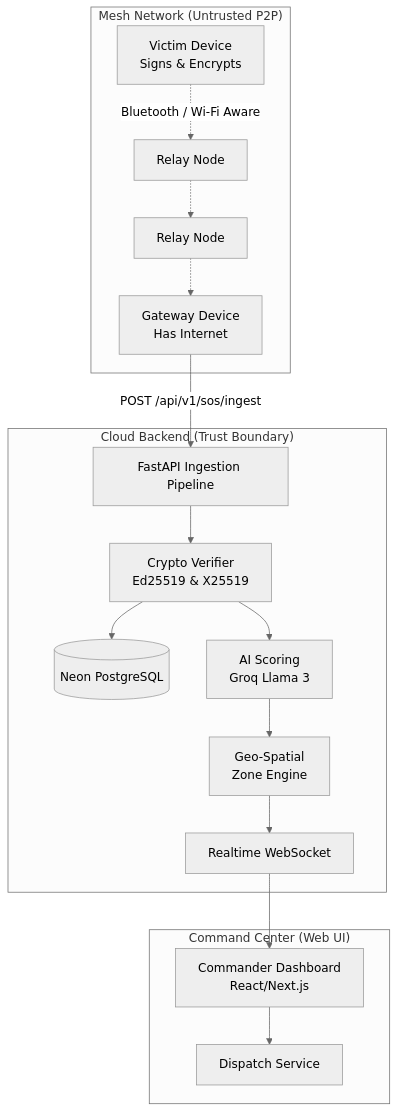
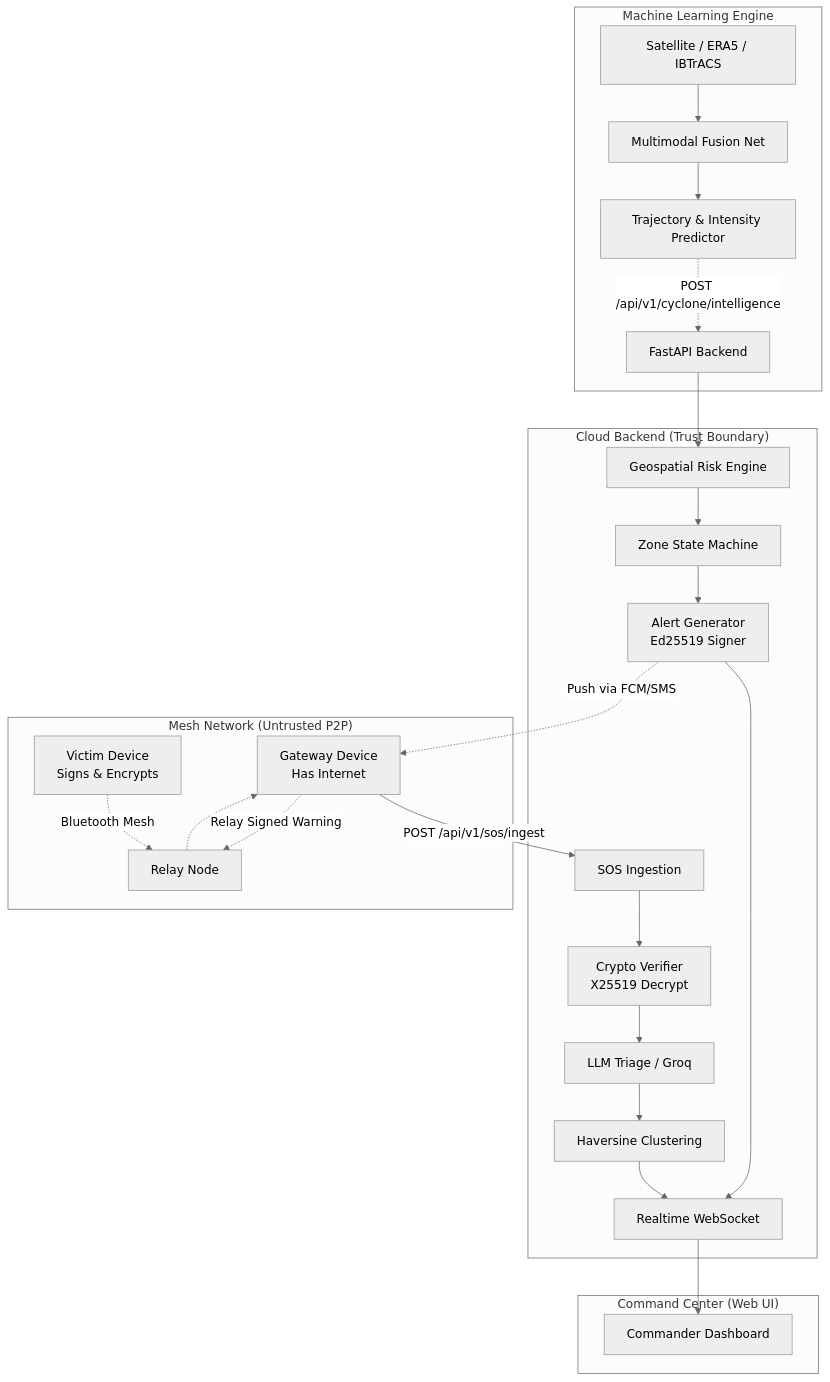
The diagram in README.md (RealArnav007/CHAKRAVYOOH), drawn with Mermaid (neutral theme) before and after one commit. The commit also changed other lines of this file, not shown here.

Commit message:
docs: completely rewrite README for Chakravyooh architecture and capabilities

````diff
--- a/README.md
+++ b/README.md
@@ -11,22 +33,34 @@
 ```mermaid
 graph TD
-    subgraph "Mesh Network (Untrusted P2P)"
-        Victim[Victim Device\nSigns & Encrypts] -.->|Bluetooth / Wi-Fi Aware| Relay1[Relay Node]
-        Relay1 -.-> Relay2[Relay Node]
-        Relay2 -.-> Gateway[Gateway Device\nHas Internet]
+    subgraph "Machine Learning Engine"
+        Data[Satellite / ERA5 / IBTrACS] --> Fusion[Multimodal Fusion Net]
+        Fusion --> Predict[Trajectory & Intensity Predictor]
+        Predict -.->|POST /api/v1/cyclone/intelligence| API[FastAPI Backend]
     end
 
     subgraph "Cloud Backend (Trust Boundary)"
-        Gateway -->|POST /api/v1/sos/ingest| API[FastAPI Ingestion Pipeline]
-        API --> Crypto[Crypto Verifier\nEd25519 & X25519]
-        Crypto --> DB[(Neon PostgreSQL)]
-        Crypto --> ML[AI Scoring\nGroq Llama 3]
-        ML --> ZoneEngine[Geo-Spatial\nZone Engine]
-        ZoneEngine --> WS[Realtime WebSocket]
+        API --> RiskEngine[Geospatial Risk Engine]
+        RiskEngine --> Zones[Zone State Machine]
+        Zones --> Alerter[Alert Generator\nEd25519 Signer]
+        
+        API_SOS[SOS Ingestion] --> Crypto[Crypto Verifier\nX25519 Decrypt]
+        Crypto --> Triage[LLM Triage / Groq]
+        Triage --> Correlation[Haversine Clustering]
+        
+        Alerter --> WS[Realtime WebSocket]
+        Correlation --> WS
+    end
+
+    subgraph "Mesh Network (Untrusted P2P)"
+        Victim[Victim Device\nSigns & Encrypts] -.->|Bluetooth Mesh| Relay1[Relay Node]
+        Relay1 -.-> Gateway[Gateway Device\nHas Internet]
+        Gateway -->|POST /api/v1/sos/ingest| API_SOS
+        
+        Alerter -.->|Push via FCM/SMS| Gateway
+        Gateway -.->|Relay Signed Warning| Relay1
     end
 
     subgraph "Command Center (Web UI)"
-        WS --> Dashboard[Commander Dashboard\nReact/Next.js]
-        Dashboard --> Dispatch[Dispatch Service]
+        WS --> Dashboard[Commander Dashboard]
     end
 ```
````
